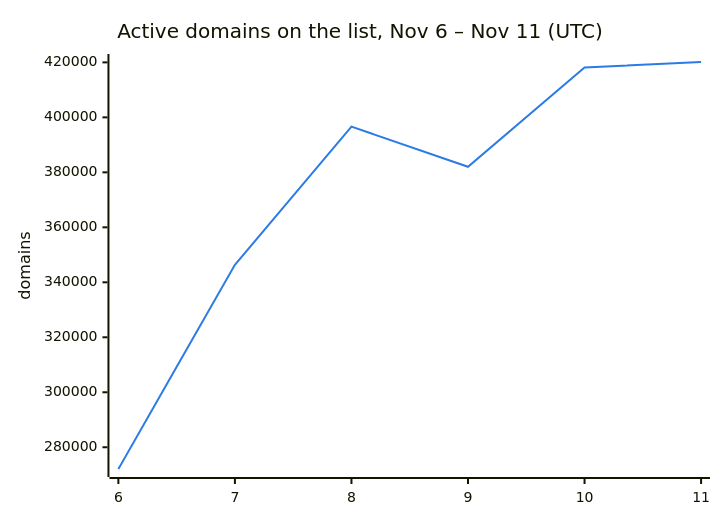
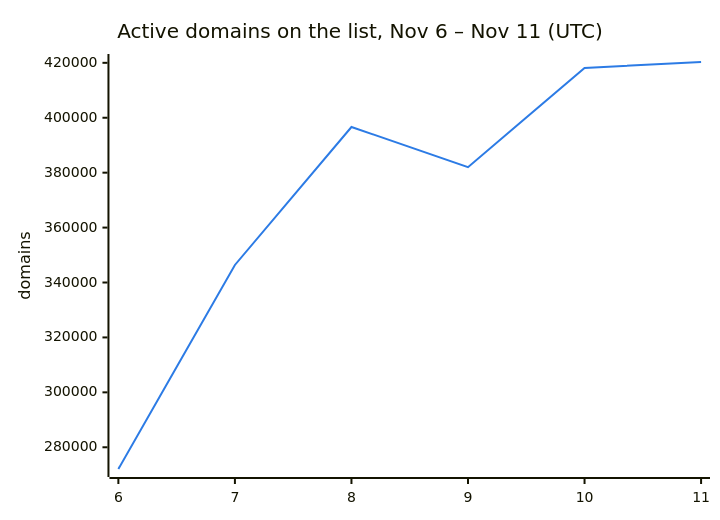
The second of 3 diagrams in README.md (DNSBunker/CTI), drawn with Mermaid before and after one commit. The commit also changed other lines of this file and 3 other files, not shown here.

````diff
--- a/README.md
+++ b/README.md
@@ -38,8 +38,8 @@
 ```mermaid
 %%{init: {"themeVariables": {"xyChart": {"plotColorPalette": "#2c7be5"}}}}%%
 xychart-beta
     title "Active domains on the list, Nov 6 – Nov 11 (UTC)"
     x-axis ["6", "7", "8", "9", "10", "11"]
     y-axis "domains"
-    line [272088, 346388, 396638, 382009, 418143, 420136]
+    line [272088, 346388, 396638, 382009, 418143, 420301]
 ```
````
